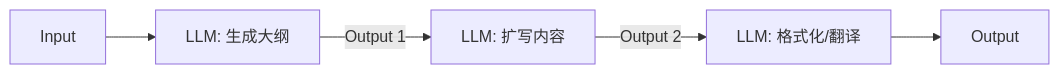
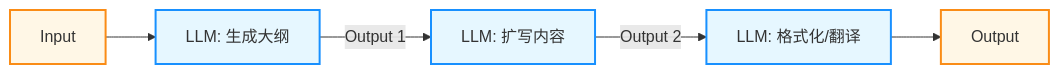
Before and after one commit to yeasy/agentic_ai_guide: the first of 6 diagrams in 09_agentops/9.1_design_patterns.md, drawn with Mermaid. The commit also changed other lines of this file and 36 other files, not shown here.

````diff
--- a/09_agentops/9.1_design_patterns.md
+++ b/09_agentops/9.1_design_patterns.md
@@ -32,7 +32,14 @@
 ```mermaid
 graph LR
+    %% Agentic Design System
+    classDef user fill:#fff7e6,stroke:#fa8c16,stroke-width:2px;
+    classDef agent fill:#e6f7ff,stroke:#1890ff,stroke-width:2px;
+
     Input --> Step1[LLM: 生成大纲]
     Step1 -->|Output 1| Step2[LLM: 扩写内容]
     Step2 -->|Output 2| Step3[LLM: 格式化/翻译]
     Step3 --> Output
+    
+    class Input,Output user;
+    class Step1,Step2,Step3 agent;
 ```
````
